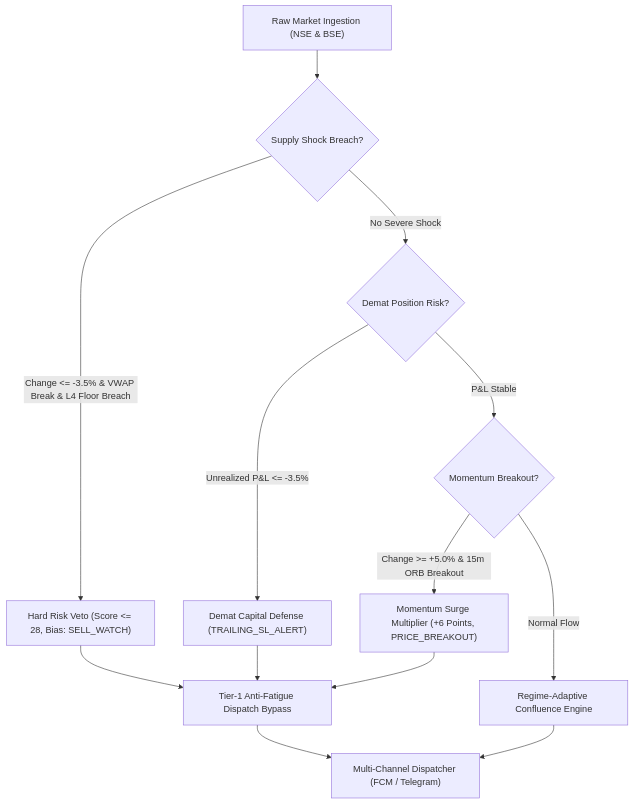
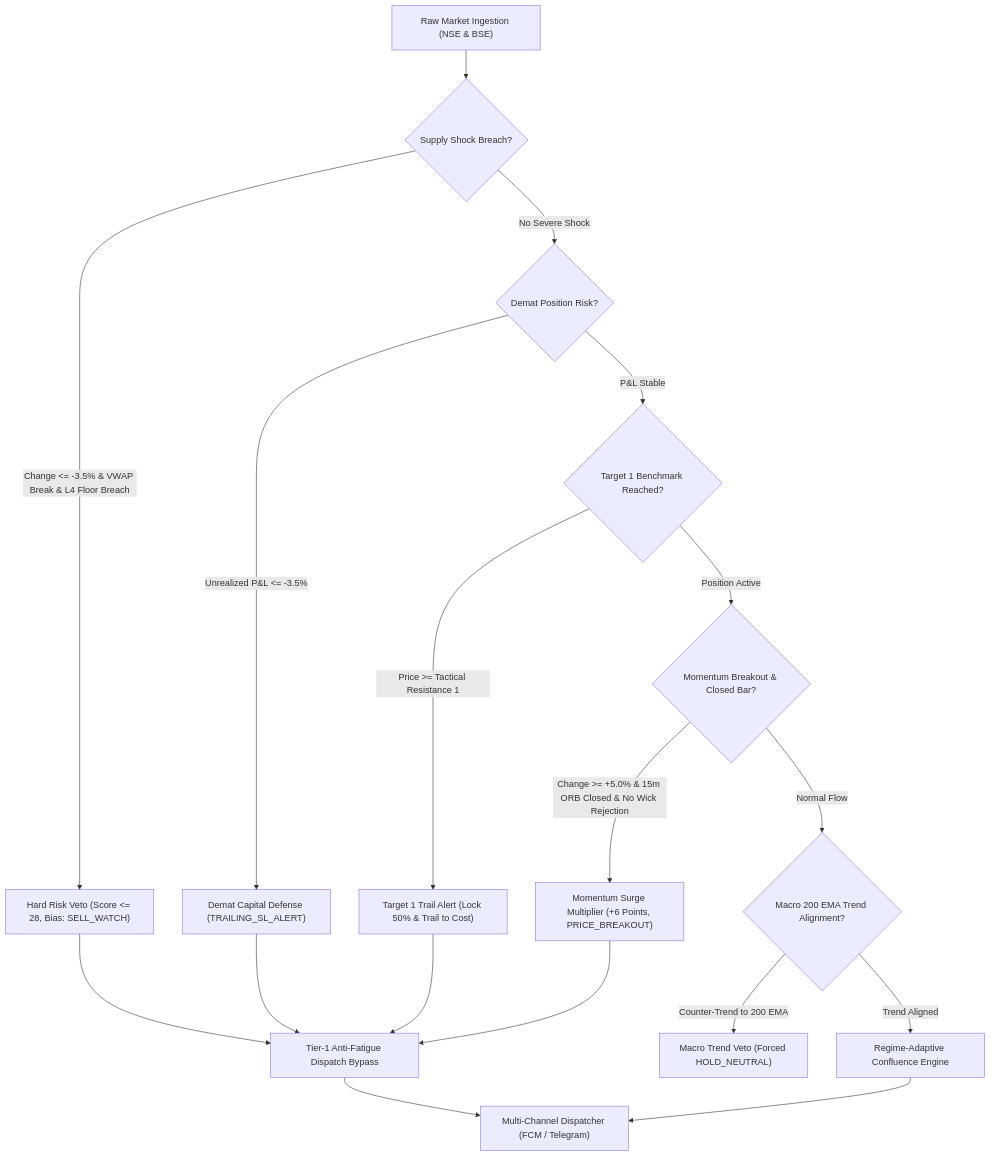
The second of 2 diagrams in architecture_blueprint.md (cvnbtech/stokvigil-ai), drawn with Mermaid before and after one commit. The commit also changed other lines of this file and 10 other files, not shown here.

First line of the commit message:
feat(quant-engine): implement institutional upgrades, 200 EMA trend anchor, SL-L routing & master prompt

````diff
--- a/architecture_blueprint.md
+++ b/architecture_blueprint.md
@@ -189,15 +193,20 @@
 ```mermaid
 graph TD
     A["Raw Market Ingestion (NSE & BSE)"] --> B{"Supply Shock Breach?"}
     B -- "Change <= -3.5% & VWAP Break & L4 Floor Breach" --> C["Hard Risk Veto (Score <= 28, Bias: SELL_WATCH)"]
     B -- "No Severe Shock" --> D{"Demat Position Risk?"}
     D -- "Unrealized P&L <= -3.5%" --> E["Demat Capital Defense (TRAILING_SL_ALERT)"]
-    D -- "P&L Stable" --> F{"Momentum Breakout?"}
-    F -- "Change >= +5.0% & 15m ORB Breakout" --> G["Momentum Surge Multiplier (+6 Points, PRICE_BREAKOUT)"]
-    F -- "Normal Flow" --> H["Regime-Adaptive Confluence Engine"]
-    C --> I["Tier-1 Anti-Fatigue Dispatch Bypass"]
-    E --> I
-    G --> I
-    H --> J["Multi-Channel Dispatcher (FCM / Telegram)"]
-    I --> J
+    D -- "P&L Stable" --> F{"Target 1 Benchmark Reached?"}
+    F -- "Price >= Tactical Resistance 1" --> G["Target 1 Trail Alert (Lock 50% & Trail to Cost)"]
+    F -- "Position Active" --> H{"Momentum Breakout & Closed Bar?"}
+    H -- "Change >= +5.0% & 15m ORB Closed & No Wick Rejection" --> I["Momentum Surge Multiplier (+6 Points, PRICE_BREAKOUT)"]
+    H -- "Normal Flow" --> J{"Macro 200 EMA Trend Alignment?"}
+    J -- "Counter-Trend to 200 EMA" --> K["Macro Trend Veto (Forced HOLD_NEUTRAL)"]
+    J -- "Trend Aligned" --> L["Regime-Adaptive Confluence Engine"]
+    C --> M["Tier-1 Anti-Fatigue Dispatch Bypass"]
+    E --> M
+    G --> M
+    I --> M
+    L --> N["Multi-Channel Dispatcher (FCM / Telegram)"]
+    M --> N
 ```
````
